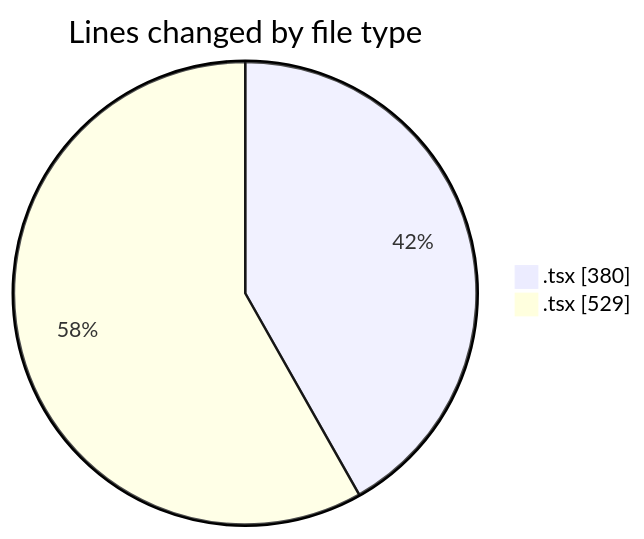
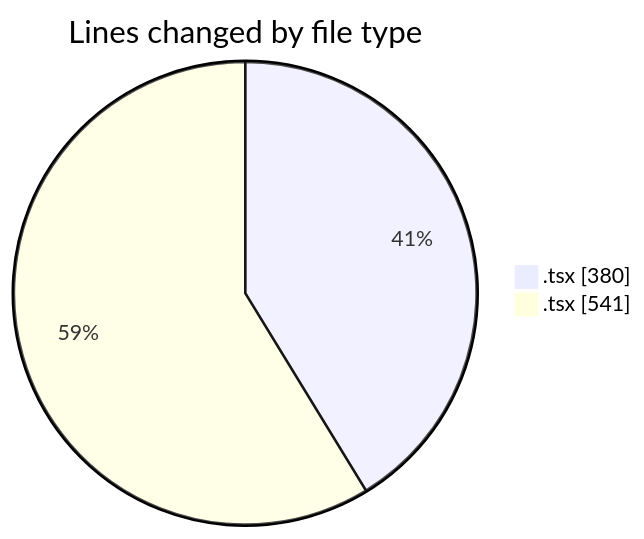
The first of 2 diagrams in 2025-02-06/mbc-web/README.md (robertbonfada/code-tracking), drawn with Mermaid before and after one commit. The commit also changed other lines of this file and 1 other file, not shown here.

````diff
--- a/2025-02-06/mbc-web/README.md
+++ b/2025-02-06/mbc-web/README.md
@@ -24,6 +24,6 @@
 ```mermaid
 pie showData
 title Lines changed by file type
 ".tsx " : 380
-".tsx" : 529
+".tsx" : 541
 ```
````
